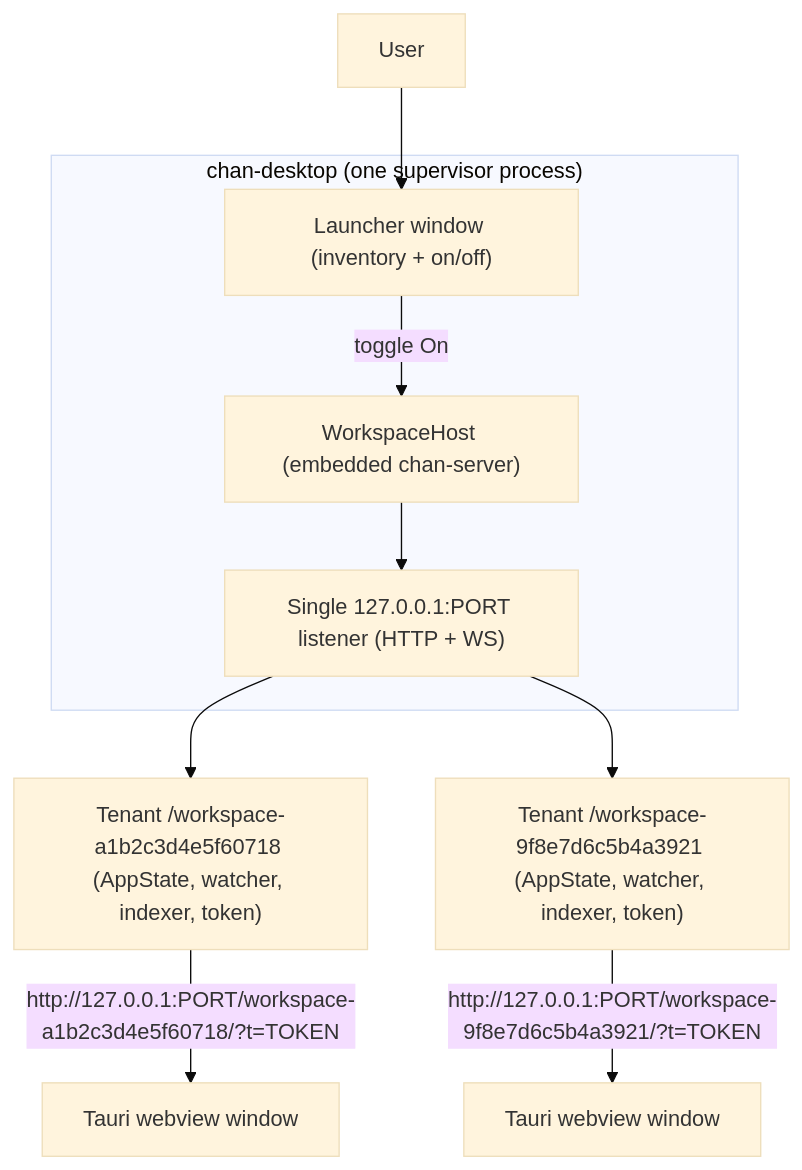
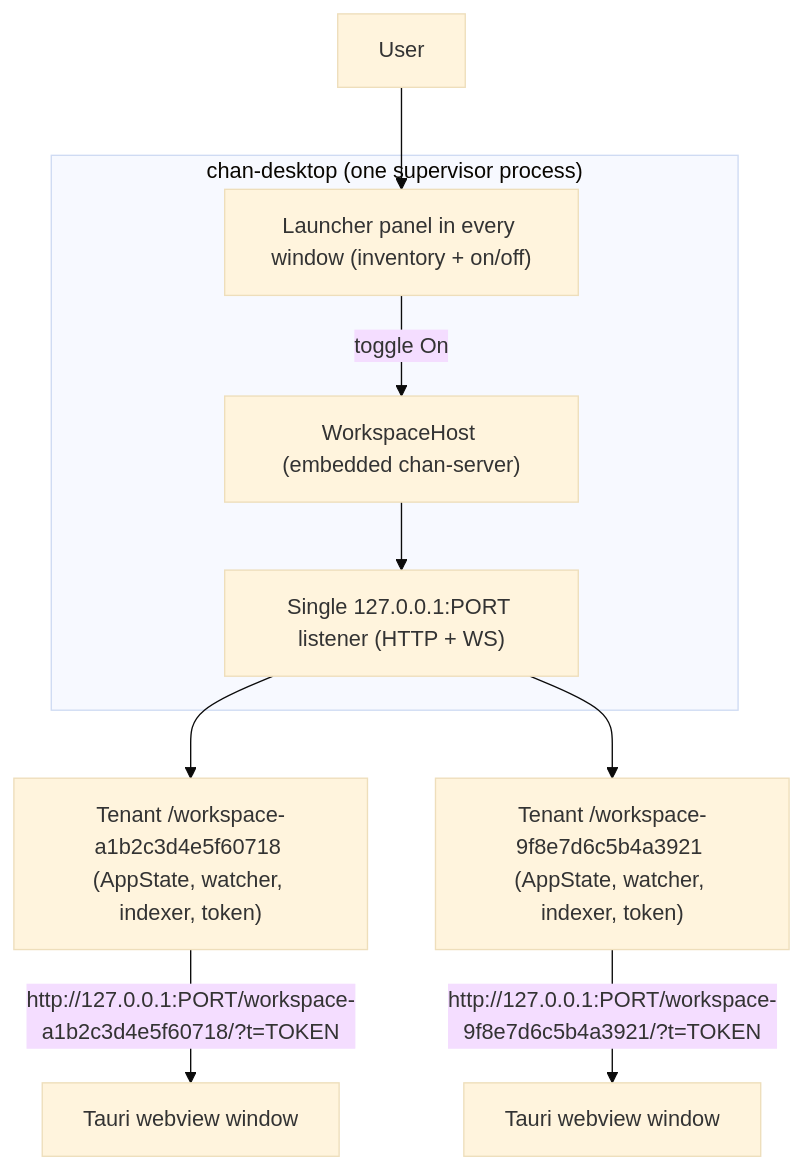
The first of 3 diagrams in desktop/design.md (fiorix/chan), drawn with Mermaid (base theme) before and after one commit. The commit also changed other lines of this file and 35 other files, not shown here.

````diff
--- a/desktop/design.md
+++ b/desktop/design.md
@@ -22,15 +22,15 @@
 ```mermaid
 flowchart TD
     User["User"] --> Launcher
     subgraph Desktop["chan-desktop (one supervisor process)"]
-        Launcher["Launcher window (inventory + on/off)"]
+        Launcher["Launcher panel in every window (inventory + on/off)"]
         Host["WorkspaceHost (embedded chan-server)"]
         Listener["Single 127.0.0.1:PORT listener (HTTP + WS)"]
         Launcher -->|"toggle On"| Host
         Host --> Listener
     end
     Listener --> WS1["Tenant /workspace-a1b2c3d4e5f60718 (AppState, watcher, indexer, token)"]
     Listener --> WS2["Tenant /workspace-9f8e7d6c5b4a3921 (AppState, watcher, indexer, token)"]
     WS1 -->|"http://127.0.0.1:PORT/workspace-a1b2c3d4e5f60718/?t=TOKEN"| View1["Tauri webview window"]
     WS2 -->|"http://127.0.0.1:PORT/workspace-9f8e7d6c5b4a3921/?t=TOKEN"| View2["Tauri webview window"]
 ```
````
